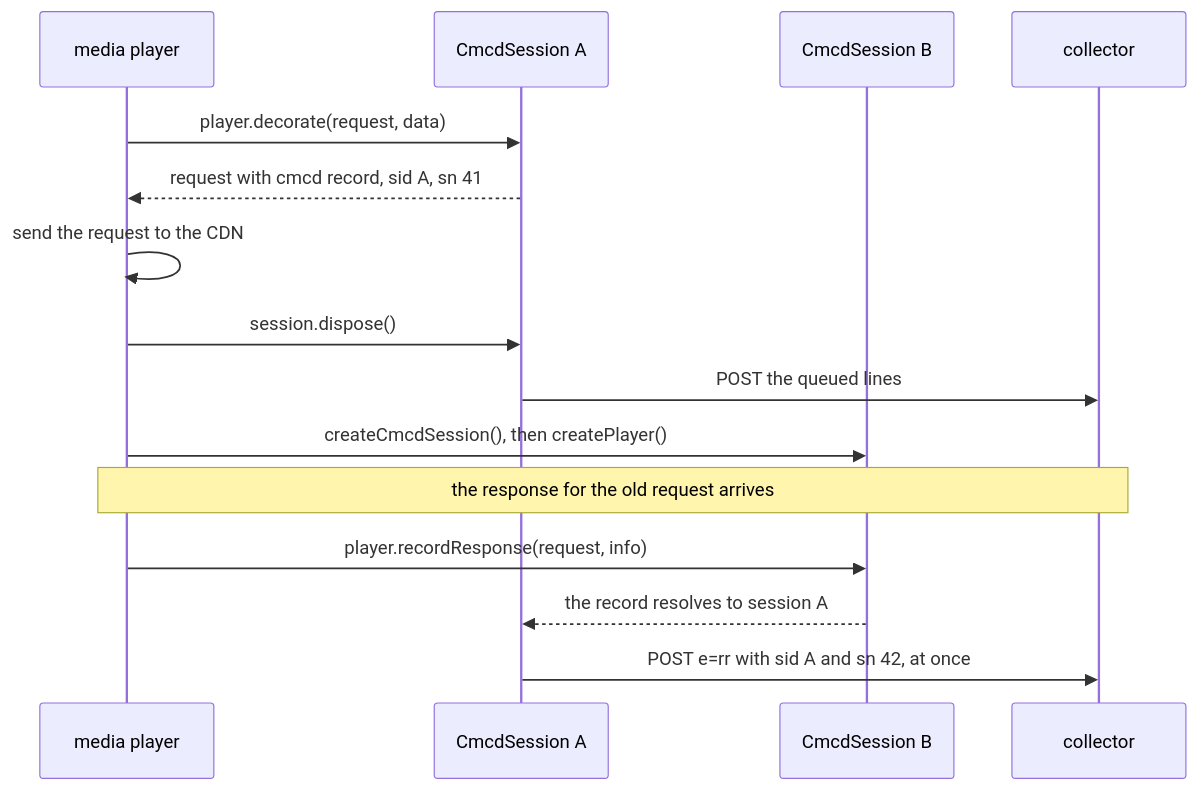
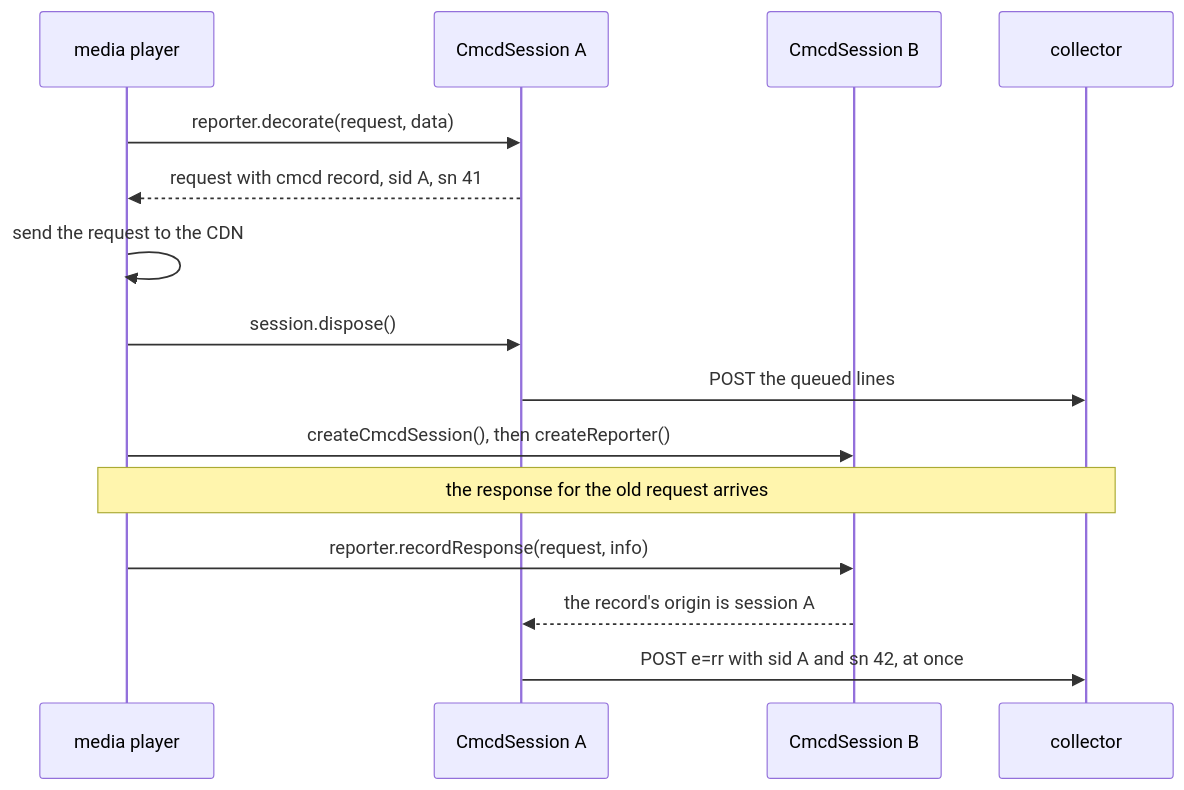
Before and after one commit to streaming-video-technology-alliance/common-media-library: the second of 5 diagrams in rfc/cmcd-session-api.md, drawn with Mermaid. The commit also changed other lines of this file and 2 other files, not shown here.

First line of the commit message:
docs(rfc): apply the first review round to the session API RFC

````diff
--- a/rfc/cmcd-session-api.md
+++ b/rfc/cmcd-session-api.md
@@ -192,17 +192,17 @@
 ```mermaid
 sequenceDiagram
     participant Player as media player
     participant A as CmcdSession A
     participant B as CmcdSession B
     participant C as collector
-    Player->>A: player.decorate(request, data)
+    Player->>A: reporter.decorate(request, data)
     A-->>Player: request with cmcd record, sid A, sn 41
     Player->>Player: send the request to the CDN
     Player->>A: session.dispose()
     A->>C: POST the queued lines
-    Player->>B: createCmcdSession(), then createPlayer()
+    Player->>B: createCmcdSession(), then createReporter()
     Note over Player,C: the response for the old request arrives
-    Player->>B: player.recordResponse(request, info)
-    B-->>A: the record resolves to session A
+    Player->>B: reporter.recordResponse(request, info)
+    B-->>A: the record's origin is session A
     A->>C: POST e=rr with sid A and sn 42, at once
 ```
````
